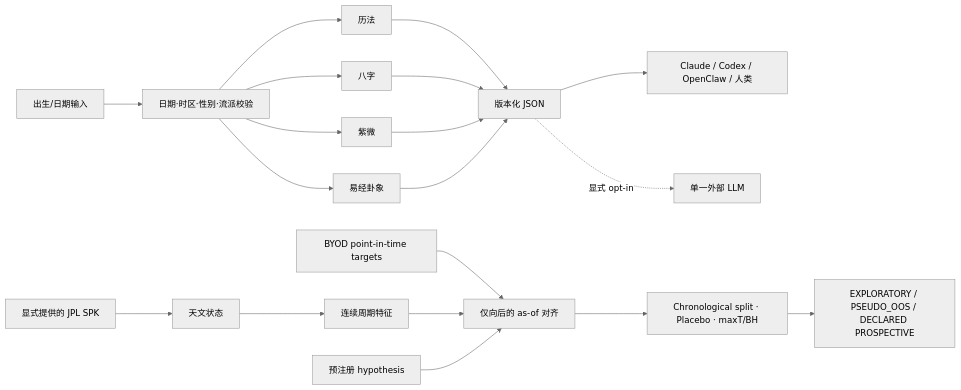
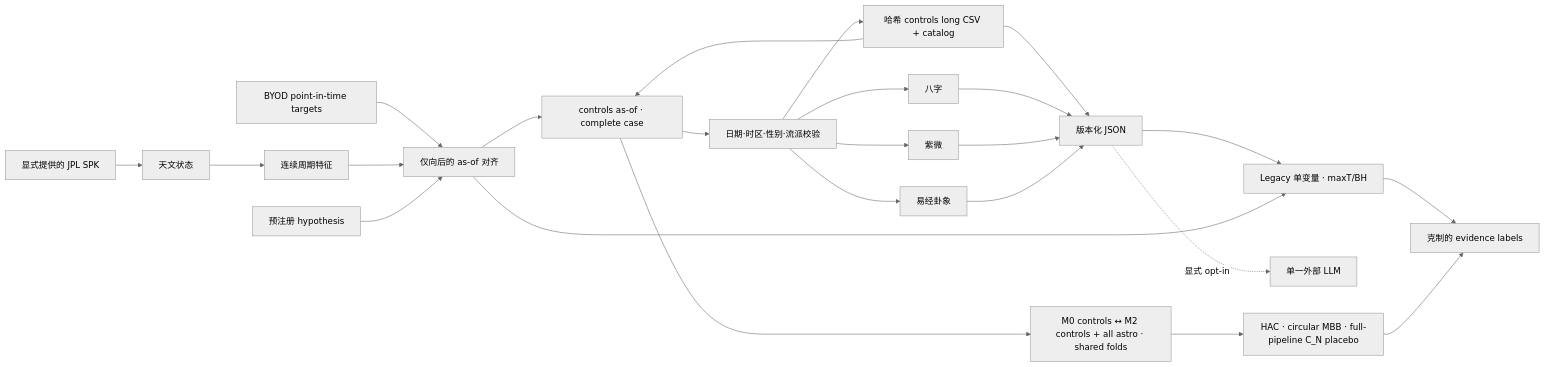
Before and after one commit to harryhuang0719/Destiny: the diagram in README.md, drawn with Mermaid (neutral theme). The commit also changed other lines of this file and 30 other files, not shown here.

````diff
--- a/README.md
+++ b/README.md
@@ -233,22 +241,27 @@
 ```mermaid
 flowchart LR
     A[出生/日期输入] --> V[日期·时区·性别·流派校验]
     V --> C[历法]
     V --> B[八字]
     V --> Z[紫微]
     V --> I[易经卦象]
     C --> J[版本化 JSON]
     B --> J
     Z --> J
     I --> J
     J --> U[Claude / Codex / OpenClaw / 人类]
     J -. 显式 opt-in .-> L[单一外部 LLM]
 
     K[显式提供的 JPL SPK] --> S[天文状态]
     S --> F[连续周期特征]
     M[BYOD point-in-time targets] --> Q[仅向后的 as-of 对齐]
     F --> Q
     H[预注册 hypothesis] --> Q
-    Q --> R[Chronological split · Placebo · maxT/BH]
-    R --> E[EXPLORATORY / PSEUDO_OOS / DECLARED PROSPECTIVE]
+    Q --> U[Legacy 单变量 · maxT/BH]
+    C[哈希 controls long CSV + catalog] --> A[controls as-of · complete case]
+    Q --> A
+    A --> R[M0 controls ↔ M2 controls + all astro · shared folds]
+    R --> N[HAC · circular MBB · full-pipeline C_N placebo]
+    U --> E[克制的 evidence labels]
+    N --> E
 ```
````
